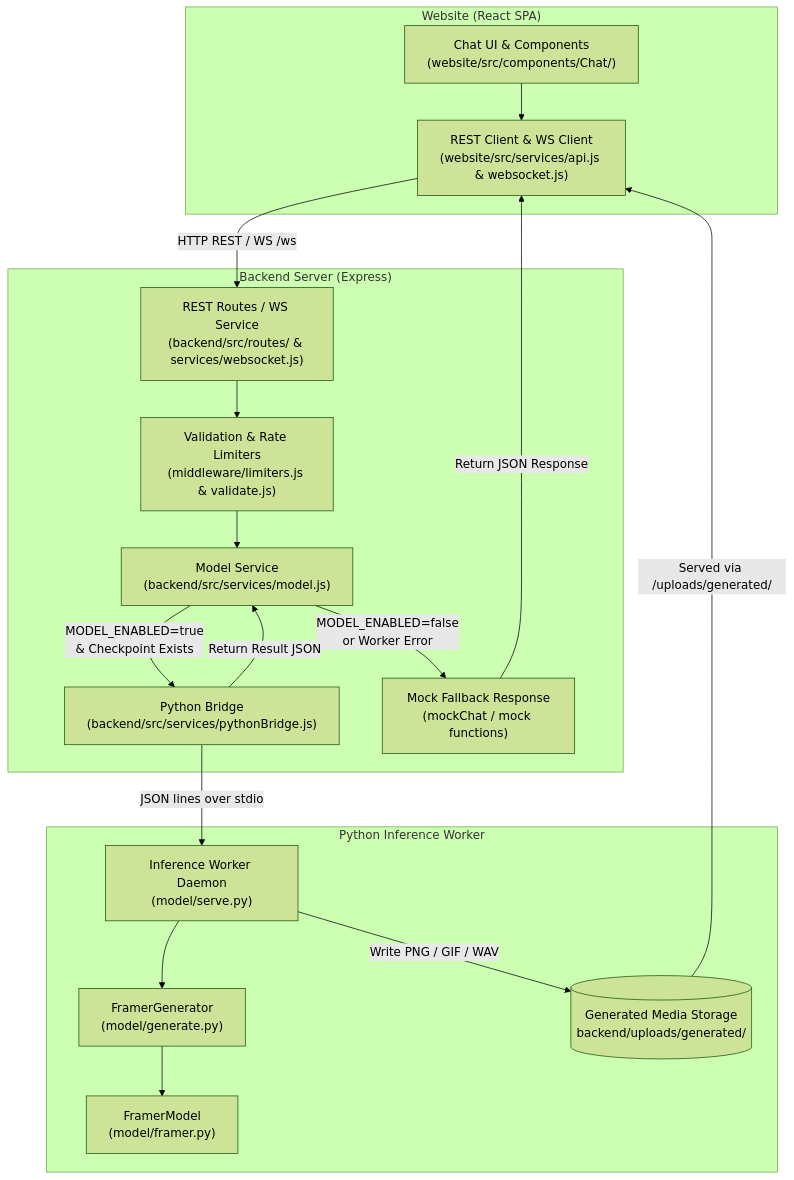
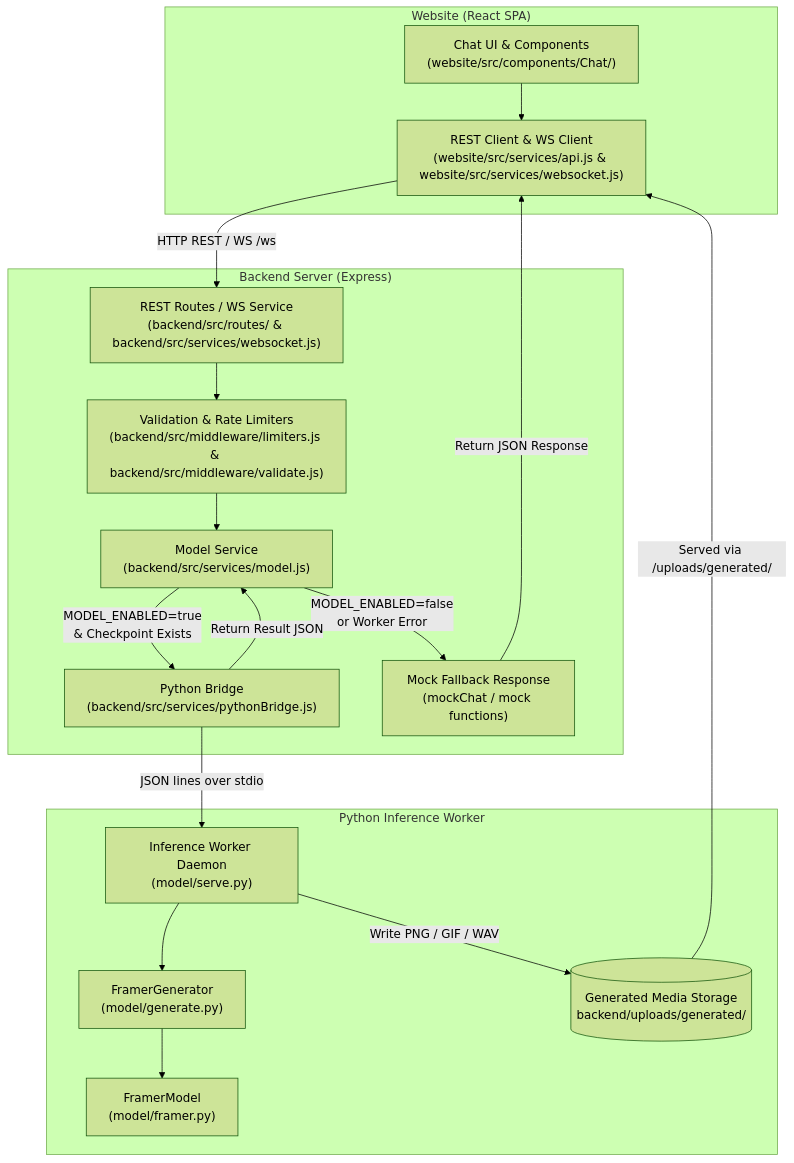
The first of 5 diagrams in GUIDE.md (Spyxpo/framerai), drawn with Mermaid (forest theme) before and after one commit. The commit also changed other lines of this file, not shown here.

Commit message:
docs: fix architecture diagram paths

````diff
--- a/GUIDE.md
+++ b/GUIDE.md
@@ -29,38 +29,38 @@
 ```mermaid
 flowchart TD
     subgraph Frontend["Website (React SPA)"]
         UI["Chat UI & Components<br/>(website/src/components/Chat/)"]
-        Client["REST Client & WS Client<br/>(website/src/services/api.js & websocket.js)"]
+        Client["REST Client & WS Client<br/>(website/src/services/api.js & website/src/services/websocket.js)"]
         UI --> Client
     end
 
     subgraph Backend["Backend Server (Express)"]
-        Routes["REST Routes / WS Service<br/>(backend/src/routes/ & services/websocket.js)"]
-        Validation["Validation & Rate Limiters<br/>(middleware/limiters.js & validate.js)"]
+        Routes["REST Routes / WS Service<br/>(backend/src/routes/ & backend/src/services/websocket.js)"]
+        Validation["Validation & Rate Limiters<br/>(backend/src/middleware/limiters.js & backend/src/middleware/validate.js)"]
         ModelService["Model Service<br/>(backend/src/services/model.js)"]
         Bridge["Python Bridge<br/>(backend/src/services/pythonBridge.js)"]
         Fallback["Mock Fallback Response<br/>(mockChat / mock functions)"]
 
         Client -- "HTTP REST / WS /ws" --> Routes
         Routes --> Validation
         Validation --> ModelService
         ModelService -- "MODEL_ENABLED=false<br/>or Worker Error" --> Fallback
         ModelService -- "MODEL_ENABLED=true<br/>& Checkpoint Exists" --> Bridge
     end
 
     subgraph PythonWorker["Python Inference Worker"]
         Serve["Inference Worker Daemon<br/>(model/serve.py)"]
         Gen["FramerGenerator<br/>(model/generate.py)"]
         Model["FramerModel<br/>(model/framer.py)"]
         Uploads[("Generated Media Storage<br/>backend/uploads/generated/")]
 
         Bridge -- "JSON lines over stdio" --> Serve
         Serve --> Gen
         Gen --> Model
         Serve -- "Write PNG / GIF / WAV" --> Uploads
     end
 
     Fallback -- "Return JSON Response" --> Client
     Uploads -- "Served via /uploads/generated/" --> Client
     Bridge -- "Return Result JSON" --> ModelService
 ```
````
